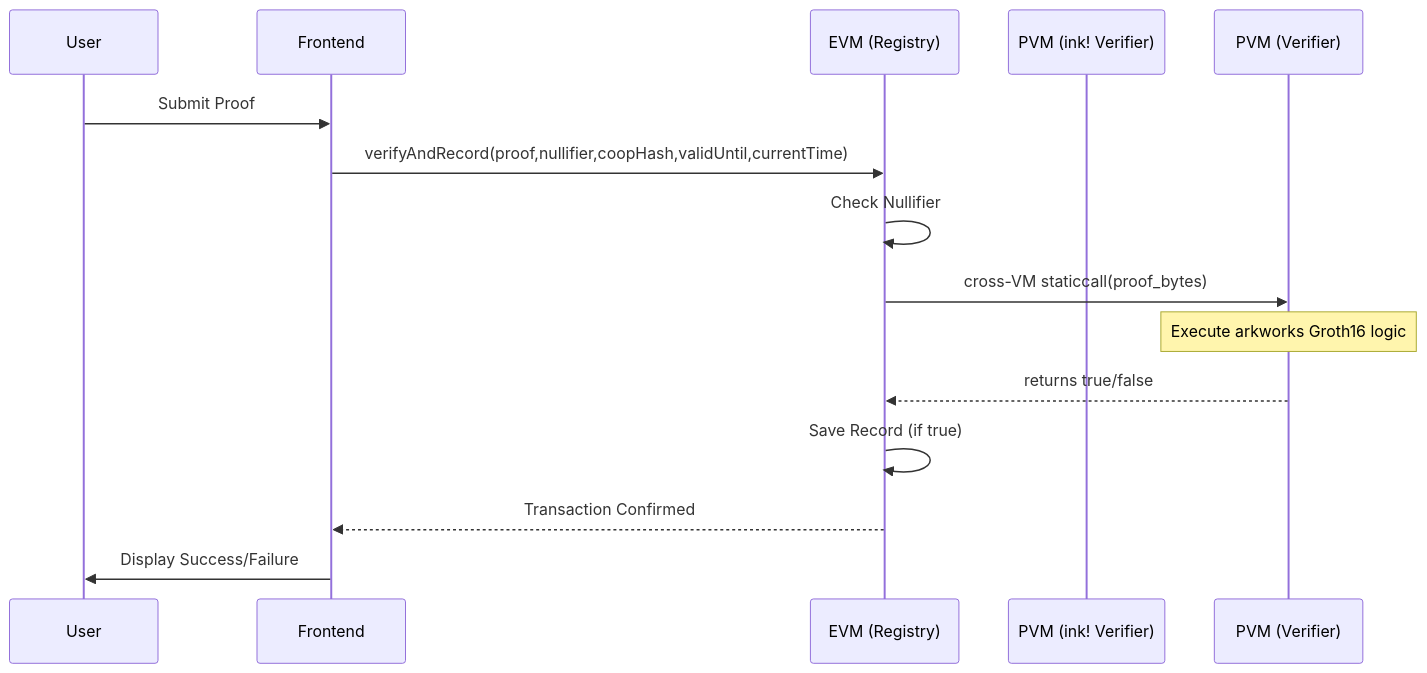
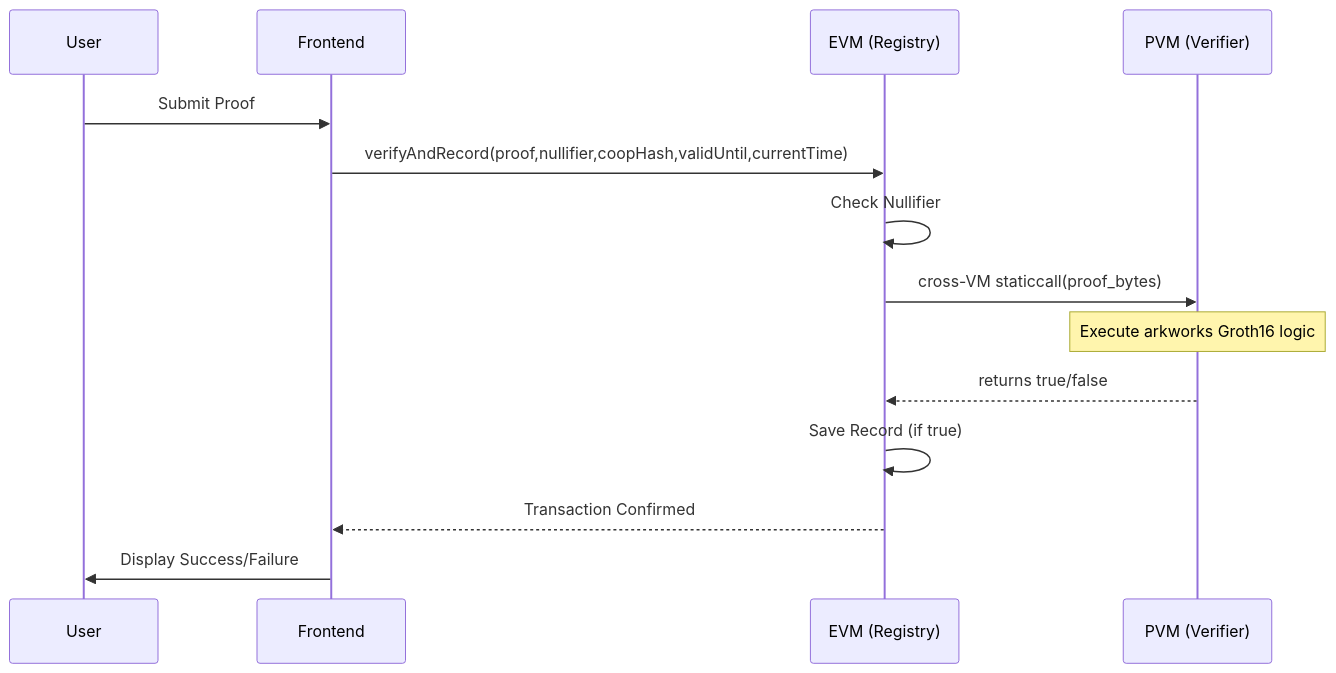
The diagram in ARCHITECTURE.md (openaiprotocol/oaip), drawn with Mermaid before and after one commit. The commit also changed other lines of this file and 6 other files, not shown here.

Commit message:
fix(docs): update architecture and README for clarity

````diff
--- a/ARCHITECTURE.md
+++ b/ARCHITECTURE.md
@@ -17,17 +17,17 @@
 ```mermaid
 sequenceDiagram
     participant User
     participant Frontend
     participant EVM (Registry)
-    participant PVM (ink! Verifier)
+    participant PVM (Verifier)
     
     User->>Frontend: Submit Proof
     Frontend->>EVM (Registry): verifyAndRecord(proof,nullifier,coopHash,validUntil,currentTime)
     EVM (Registry)->>EVM (Registry): Check Nullifier
     EVM (Registry)->>PVM (Verifier): cross-VM staticcall(proof_bytes)
     Note over PVM (Verifier): Execute arkworks Groth16 logic
     PVM (Verifier)-->>EVM (Registry): returns true/false
     EVM (Registry)->>EVM (Registry): Save Record (if true)
     EVM (Registry)-->>Frontend: Transaction Confirmed
     Frontend->>User: Display Success/Failure
 ```
````
